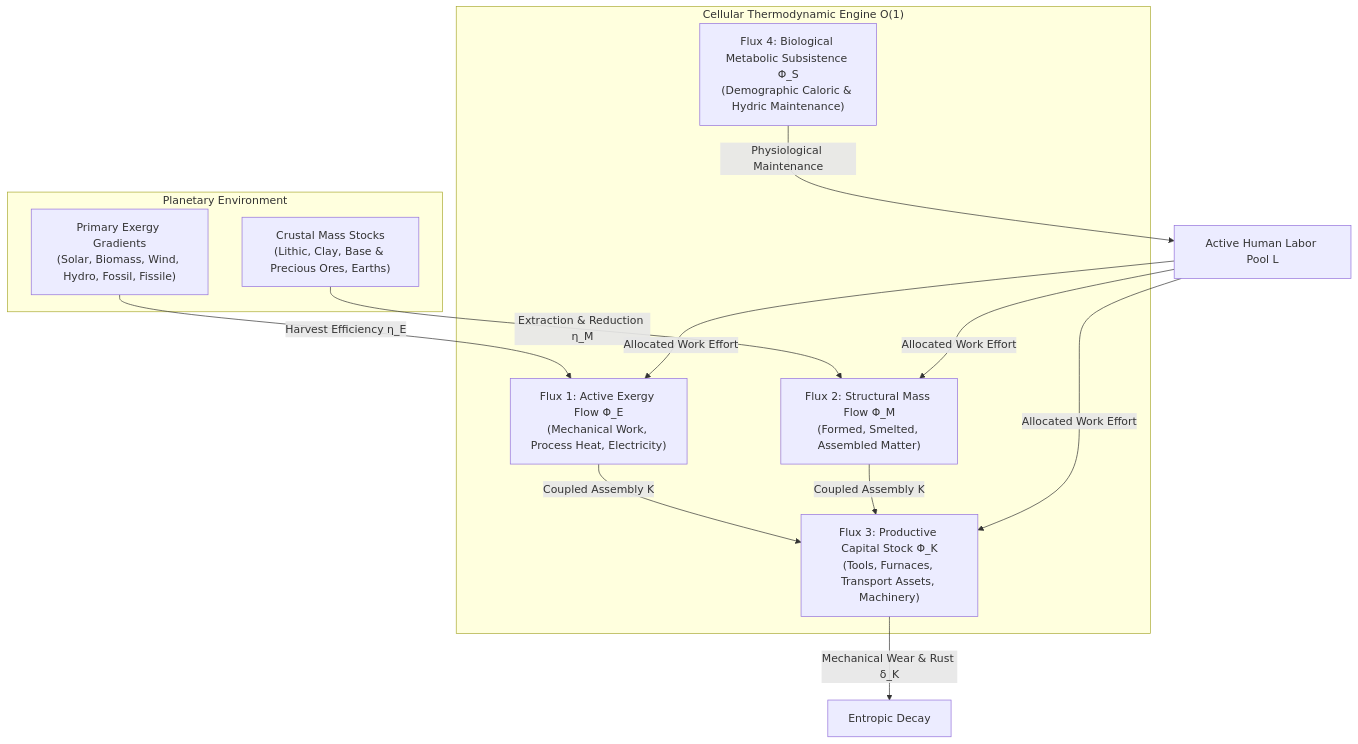
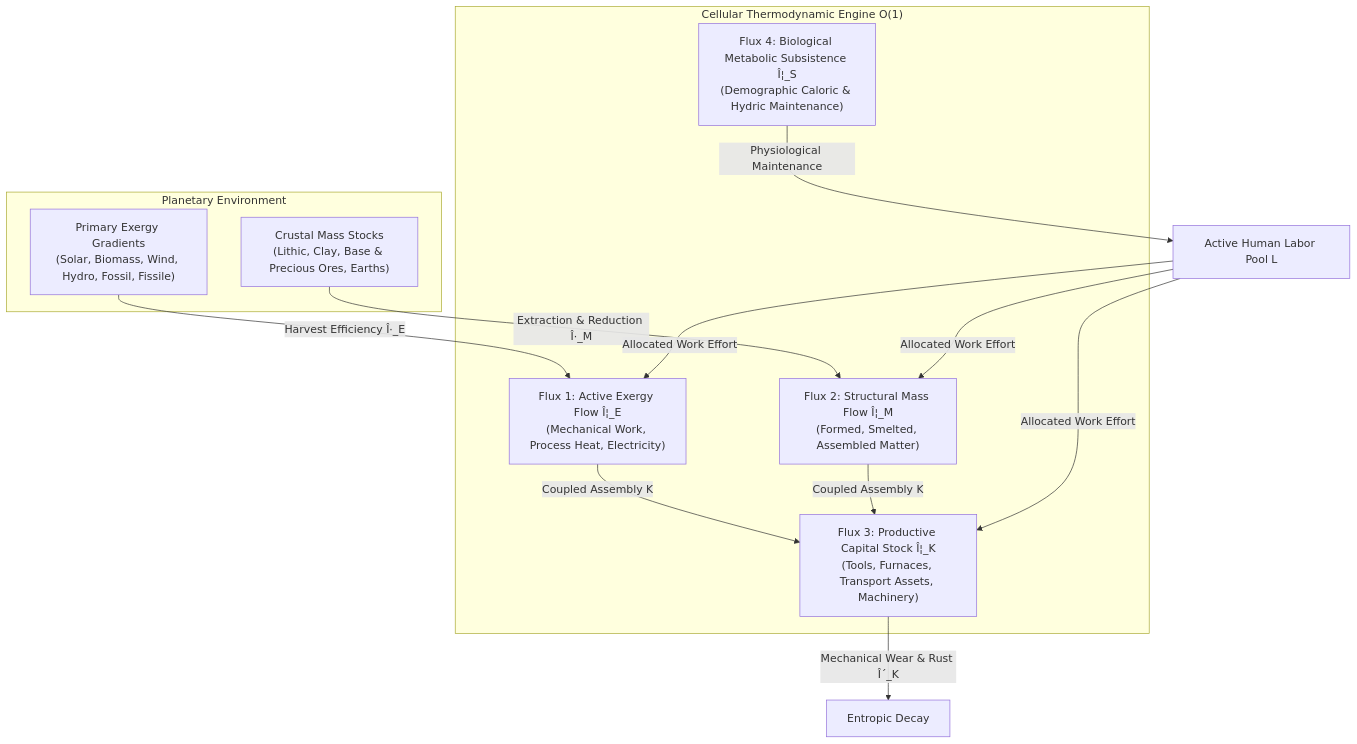
The diagram in docs/SIMULATION_EQUATIONS_AND_VARIABLES.md (silveremartin-dev/Ether), drawn with Mermaid before and after one commit. The commit also changed other lines of this file and 120 other files, not shown here.

````diff
--- a/docs/SIMULATION_EQUATIONS_AND_VARIABLES.md
+++ b/docs/SIMULATION_EQUATIONS_AND_VARIABLES.md
@@ -1502,21 +1531,21 @@
 ```mermaid
 flowchart TD
     subgraph Environment["Planetary Environment"]
         GE["Primary Exergy Gradients<br>(Solar, Biomass, Wind, Hydro, Fossil, Fissile)"]
         GM["Crustal Mass Stocks<br>(Lithic, Clay, Base & Precious Ores, Earths)"]
     end
 
     subgraph CellMetabolism["Cellular Thermodynamic Engine O(1)"]
-        PhiE["Flux 1: Active Exergy Flow Φ_E<br>(Mechanical Work, Process Heat, Electricity)"]
-        PhiM["Flux 2: Structural Mass Flow Φ_M<br>(Formed, Smelted, Assembled Matter)"]
-        PhiK["Flux 3: Productive Capital Stock Φ_K<br>(Tools, Furnaces, Transport Assets, Machinery)"]
-        PhiS["Flux 4: Biological Metabolic Subsistence Φ_S<br>(Demographic Caloric & Hydric Maintenance)"]
+        PhiE["Flux 1: Active Exergy Flow Î¦_E<br>(Mechanical Work, Process Heat, Electricity)"]
+        PhiM["Flux 2: Structural Mass Flow Î¦_M<br>(Formed, Smelted, Assembled Matter)"]
+        PhiK["Flux 3: Productive Capital Stock Î¦_K<br>(Tools, Furnaces, Transport Assets, Machinery)"]
+        PhiS["Flux 4: Biological Metabolic Subsistence Î¦_S<br>(Demographic Caloric & Hydric Maintenance)"]
     end
 
-    GE -->|Harvest Efficiency η_E| PhiE
-    GM -->|Extraction & Reduction η_M| PhiM
+    GE -->|Harvest Efficiency Î·_E| PhiE
+    GM -->|Extraction & Reduction Î·_M| PhiM
     PhiE & PhiM -->|Coupled Assembly K| PhiK
-    PhiK -->|Mechanical Wear & Rust δ_K| Entropie["Entropic Decay"]
+    PhiK -->|Mechanical Wear & Rust Î´_K| Entropie["Entropic Decay"]
     PhiS -->|Physiological Maintenance| Labor["Active Human Labor Pool L"]
     Labor -->|Allocated Work Effort| PhiE & PhiM & PhiK
 ```
````
